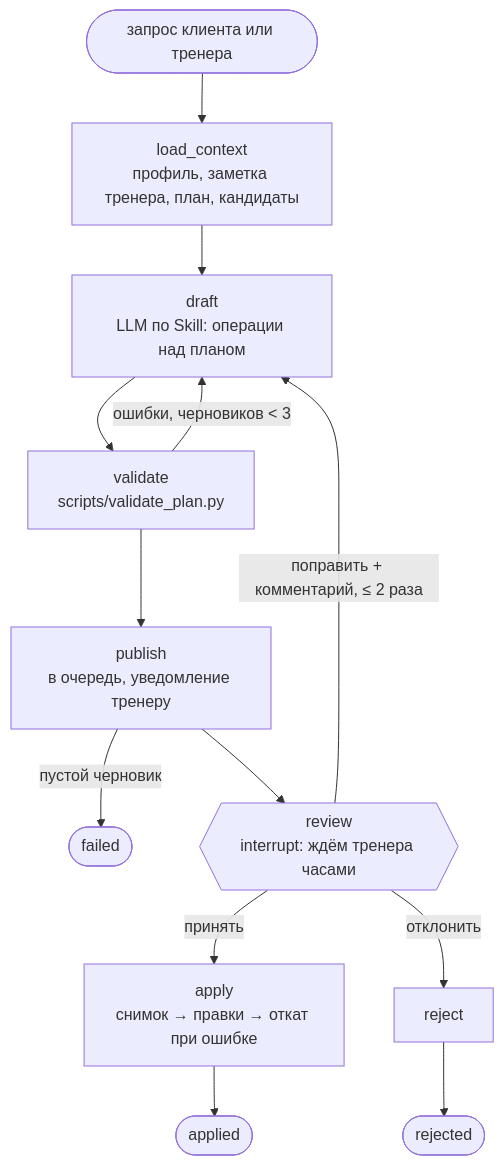
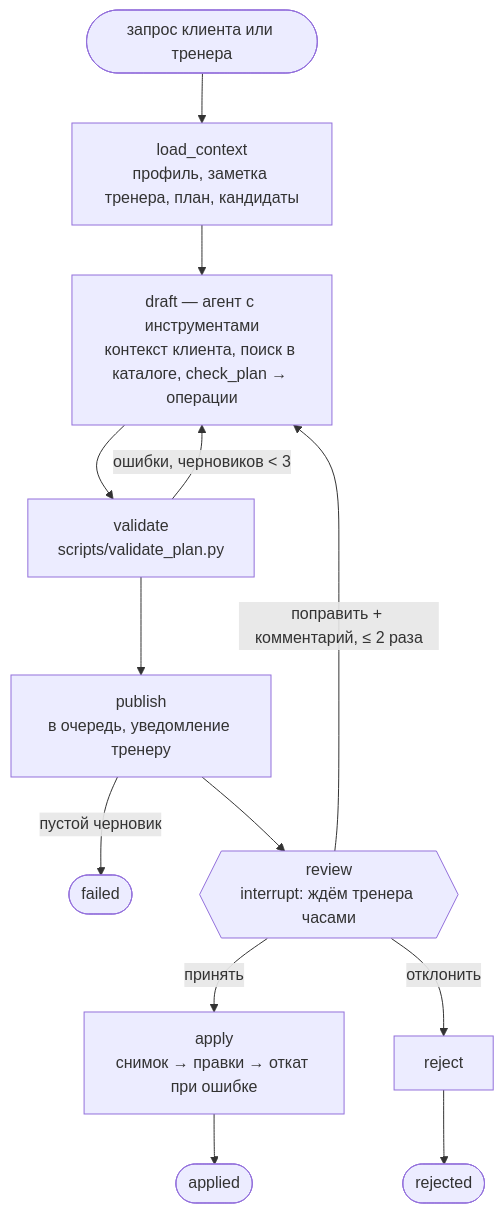
Before and after one commit to DevLuigiGit/tulpar-ai-coach: the third of 3 diagrams in ARCHITECTURE.md, drawn with Mermaid. The commit also changed other lines of this file and 8 other files, not shown here.

````diff
--- a/ARCHITECTURE.md
+++ b/ARCHITECTURE.md
@@ -169,15 +170,15 @@
 ```mermaid
 flowchart TD
   S([запрос клиента или тренера]) --> load[load_context<br/>профиль, заметка тренера, план, кандидаты]
-  load --> draft[draft<br/>LLM по Skill: операции над планом]
+  load --> draft[draft — агент с инструментами<br/>контекст клиента, поиск в каталоге, check_plan → операции]
   draft --> validate[validate<br/>scripts/validate_plan.py]
   validate -- ошибки, черновиков < 3 --> draft
   validate --> publish[publish<br/>в очередь, уведомление тренеру]
   publish -- пустой черновик --> F([failed])
   publish --> review{{review<br/>interrupt: ждём тренера часами}}
   review -- принять --> apply[apply<br/>снимок → правки → откат при ошибке]
   review -- поправить + комментарий, ≤ 2 раза --> draft
   review -- отклонить --> reject[reject]
   apply --> E([applied])
   reject --> R([rejected])
 ```
````
